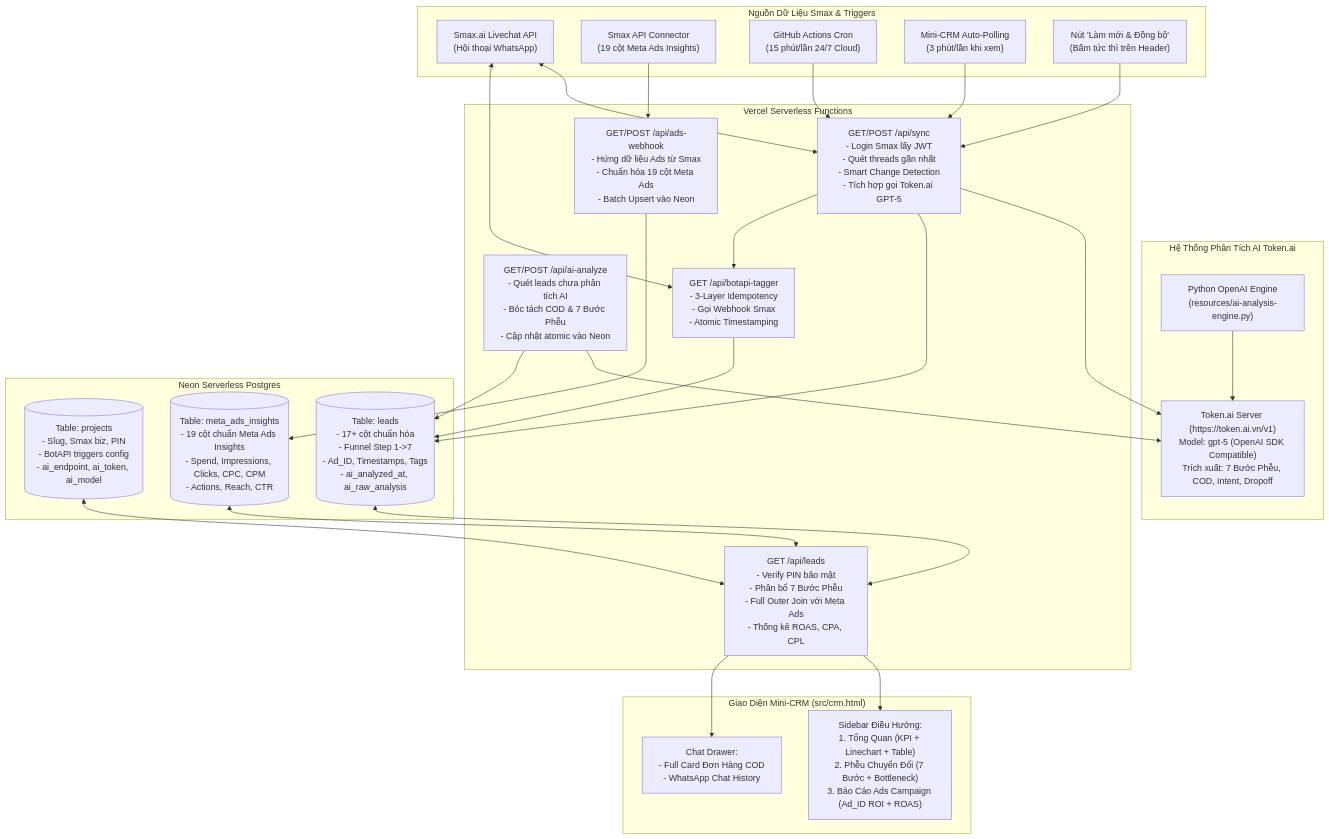
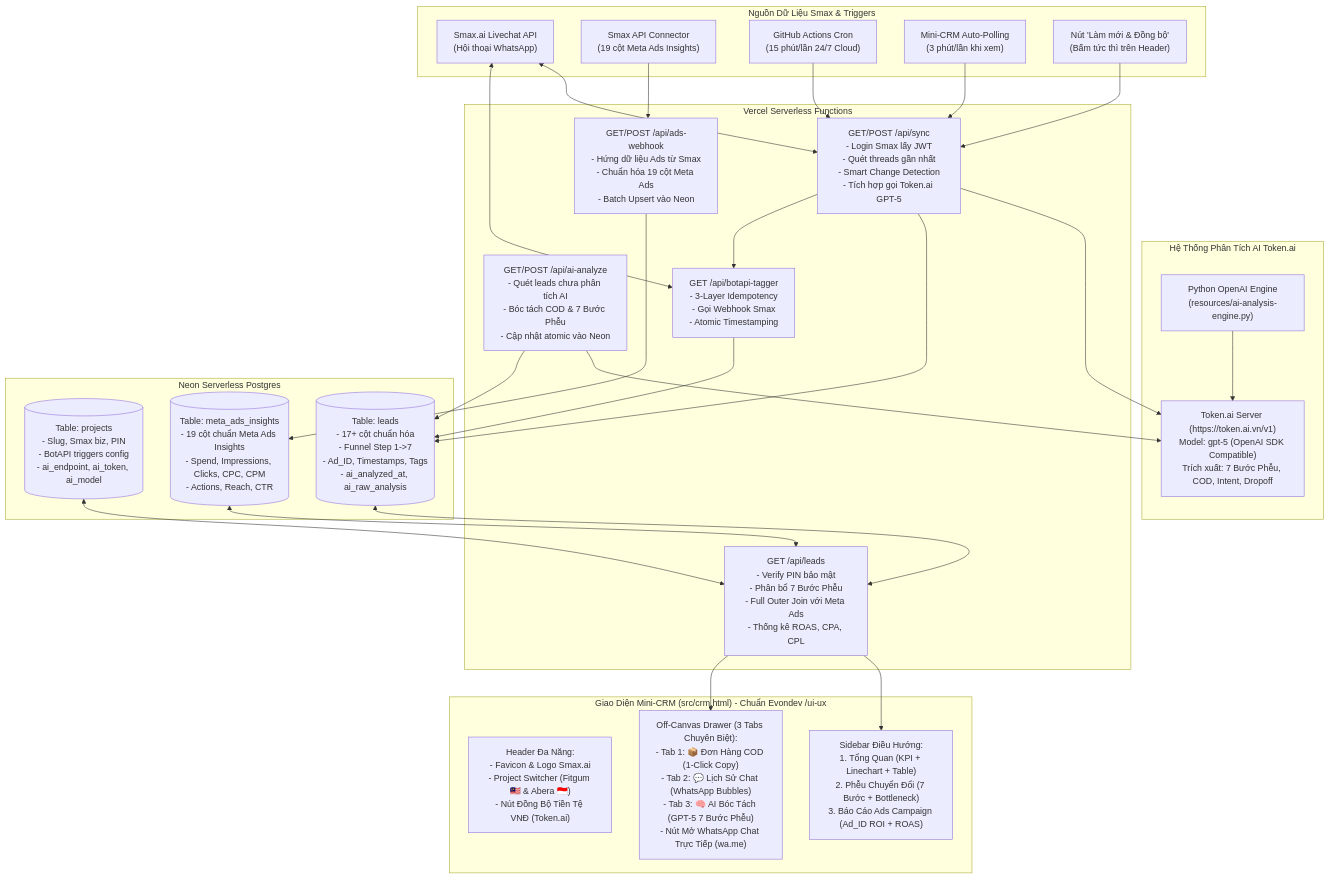
The diagram in .agents/skills/smax-whatsapp-crm-sync/SKILL.md (TuanThanh1609/metabiz-setup), drawn with Mermaid before and after one commit. The commit also changed other lines of this file and 2 other files, not shown here.

Commit message:
feat(ui-ux): integrate evondev ui-ux kit into smax-whatsapp-crm-sync with multi-project switcher and 3-tab drawer

````diff
--- a/.agents/skills/smax-whatsapp-crm-sync/SKILL.md
+++ b/.agents/skills/smax-whatsapp-crm-sync/SKILL.md
@@ -44,57 +46,58 @@
 ```mermaid
 flowchart TD
     subgraph Sources ["Nguồn Dữ Liệu Smax & Triggers"]
         Smax_Livechat["Smax.ai Livechat API<br/>(Hội thoại WhatsApp)"]
         Smax_AdsConnector["Smax API Connector<br/>(19 cột Meta Ads Insights)"]
         GH_Cron["GitHub Actions Cron<br/>(15 phút/lần 24/7 Cloud)"]
         Browser_Polling["Mini-CRM Auto-Polling<br/>(3 phút/lần khi xem)"]
         Manual_Click["Nút 'Làm mới & Đồng bộ'<br/>(Bấm tức thì trên Header)"]
     end
 
     subgraph AI_Engine ["Hệ Thống Phân Tích AI Token.ai"]
         TokenAI["Token.ai Server (https://token.ai.vn/v1)<br/>Model: gpt-5 (OpenAI SDK Compatible)<br/>Trích xuất: 7 Bước Phễu, COD, Intent, Dropoff"]
         Python_CLI["Python OpenAI Engine<br/>(resources/ai-analysis-engine.py)"]
     end
 
     subgraph Vercel_Engine ["Vercel Serverless Functions"]
         SyncAPI["GET/POST /api/sync<br/>- Login Smax lấy JWT<br/>- Quét threads gần nhất<br/>- Smart Change Detection<br/>- Tích hợp gọi Token.ai GPT-5"]
         AI_AnalyzeAPI["GET/POST /api/ai-analyze<br/>- Quét leads chưa phân tích AI<br/>- Bóc tách COD & 7 Bước Phễu<br/>- Cập nhật atomic vào Neon"]
         AdsWebhookAPI["GET/POST /api/ads-webhook<br/>- Hứng dữ liệu Ads từ Smax<br/>- Chuẩn hóa 19 cột Meta Ads<br/>- Batch Upsert vào Neon"]
         LeadsAPI["GET /api/leads<br/>- Verify PIN bảo mật<br/>- Phân bổ 7 Bước Phễu<br/>- Full Outer Join với Meta Ads<br/>- Thống kê ROAS, CPA, CPL"]
         BotTagger["GET /api/botapi-tagger<br/>- 3-Layer Idempotency<br/>- Gọi Webhook Smax<br/>- Atomic Timestamping"]
     end
 
     subgraph Database ["Neon Serverless Postgres"]
         ProjectsTable[("Table: projects<br/>- Slug, Smax biz, PIN<br/>- BotAPI triggers config<br/>- ai_endpoint, ai_token, ai_model")]
         LeadsTable[("Table: leads<br/>- 17+ cột chuẩn hóa<br/>- Funnel Step 1->7<br/>- Ad_ID, Timestamps, Tags<br/>- ai_analyzed_at, ai_raw_analysis")]
         MetaAdsTable[("Table: meta_ads_insights<br/>- 19 cột chuẩn Meta Ads Insights<br/>- Spend, Impressions, Clicks, CPC, CPM<br/>- Actions, Reach, CTR")]
     end
 
-    subgraph UI ["Giao Diện Mini-CRM (src/crm.html)"]
+    subgraph UI ["Giao Diện Mini-CRM (src/crm.html) - Chuẩn Evondev /ui-ux"]
+        Header["Header Đa Năng:<br/>- Favicon & Logo Smax.ai<br/>- Project Switcher (Fitgum 🇲🇾 & Abera 🇮🇩)<br/>- Nút Đồng Bộ Tiền Tệ VNĐ (Token.ai)"]
         Sidebar["Sidebar Điều Hướng:<br/>1. Tổng Quan (KPI + Linechart + Table)<br/>2. Phễu Chuyển Đổi (7 Bước + Bottleneck)<br/>3. Báo Cáo Ads Campaign (Ad_ID ROI + ROAS)"]
-        Drawer["Chat Drawer:<br/>- Full Card Đơn Hàng COD<br/>- WhatsApp Chat History"]
+        Drawer["Off-Canvas Drawer (3 Tabs Chuyên Biệt):<br/>- Tab 1: 📦 Đơn Hàng COD (1-Click Copy)<br/>- Tab 2: 💬 Lịch Sử Chat (WhatsApp Bubbles)<br/>- Tab 3: 🧠 AI Bóc Tách (GPT-5 7 Bước Phễu)<br/>- Nút Mở WhatsApp Chat Trực Tiếp (wa.me)"]
     end
 
     GH_Cron --> SyncAPI
     Browser_Polling --> SyncAPI
     Manual_Click --> SyncAPI
     Smax_Livechat <--> SyncAPI
     Smax_AdsConnector --> AdsWebhookAPI
 
     SyncAPI --> TokenAI
     AI_AnalyzeAPI --> TokenAI
     Python_CLI --> TokenAI
 
     SyncAPI --> LeadsTable
     SyncAPI --> BotTagger
     AI_AnalyzeAPI --> LeadsTable
     AdsWebhookAPI --> MetaAdsTable
     BotTagger <--> Smax_Livechat
     BotTagger --> LeadsTable
 
     LeadsTable <--> LeadsAPI
     ProjectsTable <--> LeadsAPI
     MetaAdsTable <--> LeadsAPI
     LeadsAPI --> Sidebar
     LeadsAPI --> Drawer
 ```
````
